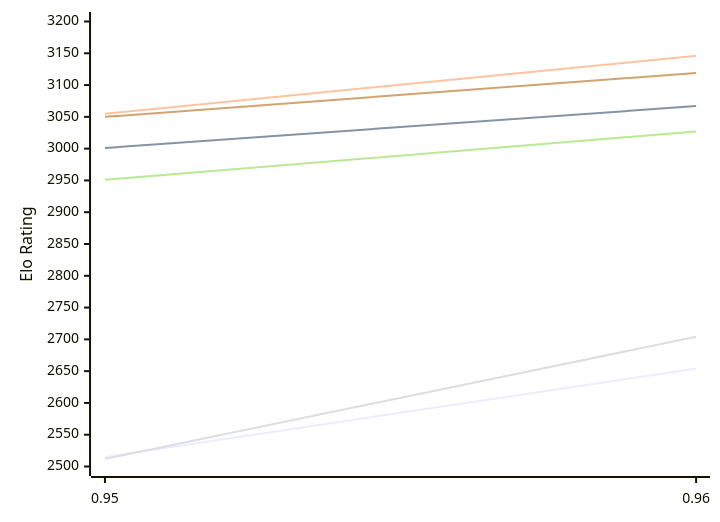
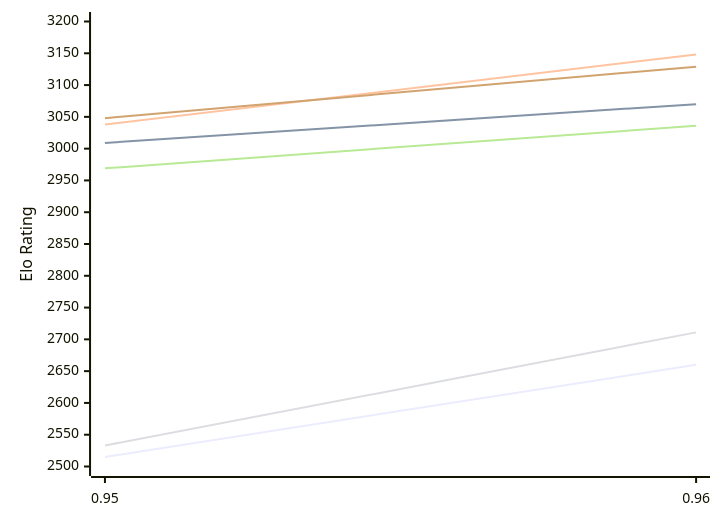
Before and after one commit to computer-chess-index/cci: the first of 2 diagrams in engines/Myrddin.md, drawn with Mermaid. The commit also changed other lines of this file, not shown here.

Commit message:
Update CCI Ratings (ELO VLTC) - 2026-11-25

````diff
--- a/engines/Myrddin.md
+++ b/engines/Myrddin.md
@@ -51,12 +51,12 @@
 ```mermaid
 %%{init: {"theme":"base","themeVariables":{"seriesColors:['#a3a3a3','#222221','#faa371']}}}%%
 xychart-beta
   x-axis ["0.95", "0.96"]
   y-axis "Elo Rating" 2500 --> 3200
-  line "E1: STC (8.0+0.08s)" [2515, 2654]
-  line "E1: LTC (60.0+0.60s)" [3001, 3067]
-  line "E1: VLTC (2m24s+1.12s)" [3055, 3146]
-  line "P1: STC (8.0+0.08s)" [2512, 2704]
-  line "P1: LTC (60.0+0.60s)" [2951, 3027]
-  line "P1: VLTC (2m24s+1.12s)" [3050, 3119]
+  line "E1: STC (8.0+0.08s)" [2515, 2660]
+  line "E1: LTC (60.0+0.60s)" [3009, 3070]
+  line "E1: VLTC (2m24s+1.12s)" [3038, 3148]
+  line "P1: STC (8.0+0.08s)" [2533, 2711]
+  line "P1: LTC (60.0+0.60s)" [2969, 3036]
+  line "P1: VLTC (2m24s+1.12s)" [3048, 3129]
 ```
````
